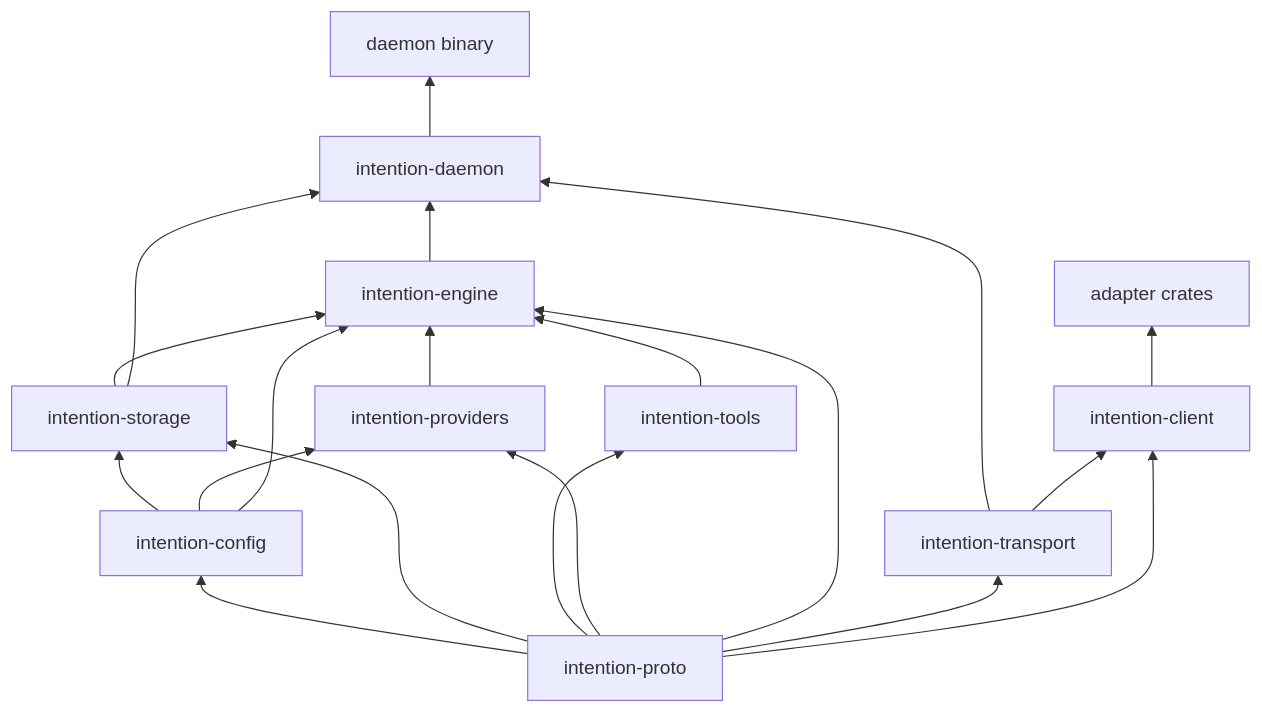
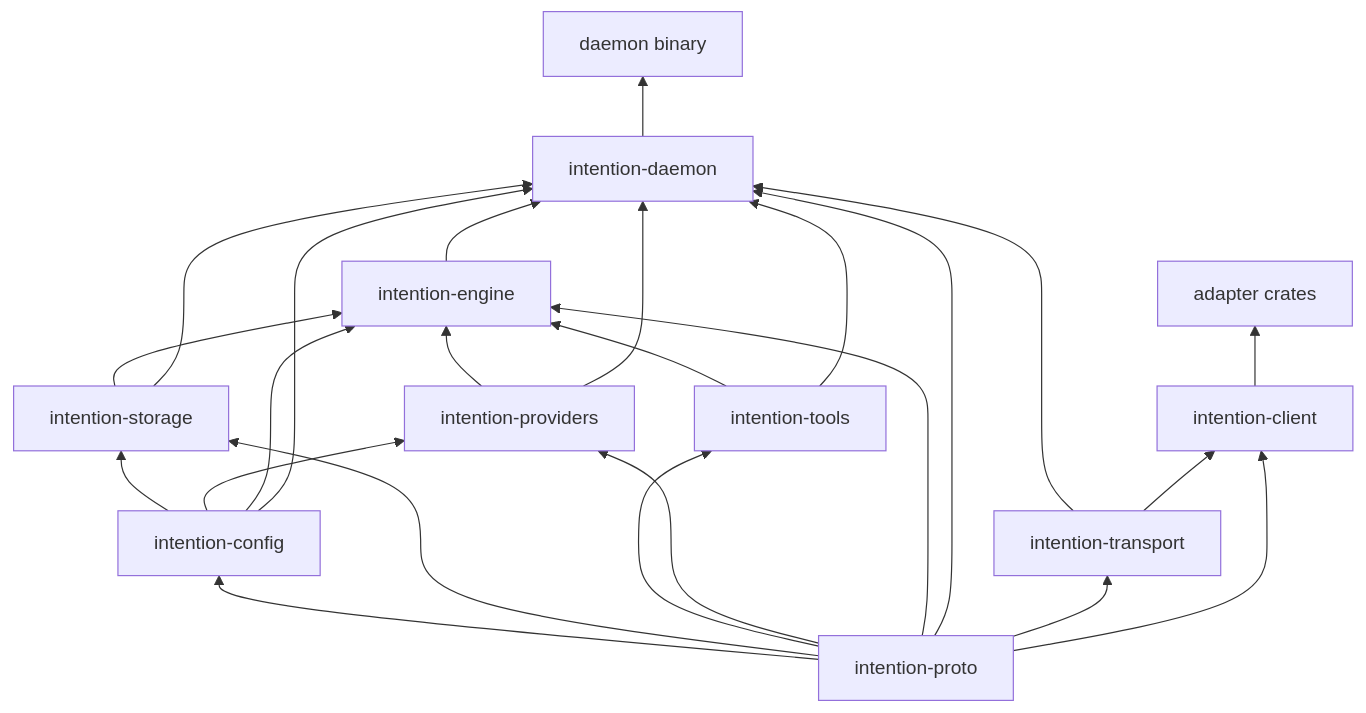
The diagram in docs/intention-relay/architecture/01-workspace-and-crate-map.md (y0tsy/intention-relay), drawn with Mermaid before and after one commit. The commit also changed other lines of this file and 21 other files, not shown here.

````diff
--- a/docs/intention-relay/architecture/01-workspace-and-crate-map.md
+++ b/docs/intention-relay/architecture/01-workspace-and-crate-map.md
@@ -70,22 +70,26 @@
 ```mermaid
 flowchart BT
   PR[intention-proto] --> CF[intention-config]
   PR --> ST[intention-storage]
   CF --> ST
   PR --> TL[intention-tools]
   PR --> PV[intention-providers]
   CF --> PV
   PR --> EN[intention-engine]
   CF --> EN
   ST --> EN
   TL --> EN
   PV --> EN
   EN --> DH[intention-daemon]
+  CF --> DH
+  PR --> DH
+  PV --> DH
   ST --> DH
+  TL --> DH
   TR --> DH
   PR --> TR[intention-transport]
   TR --> CL[intention-client]
   PR --> CL
   CL --> AD[adapter crates]
   DH --> BIN[daemon binary]
 ```
````
